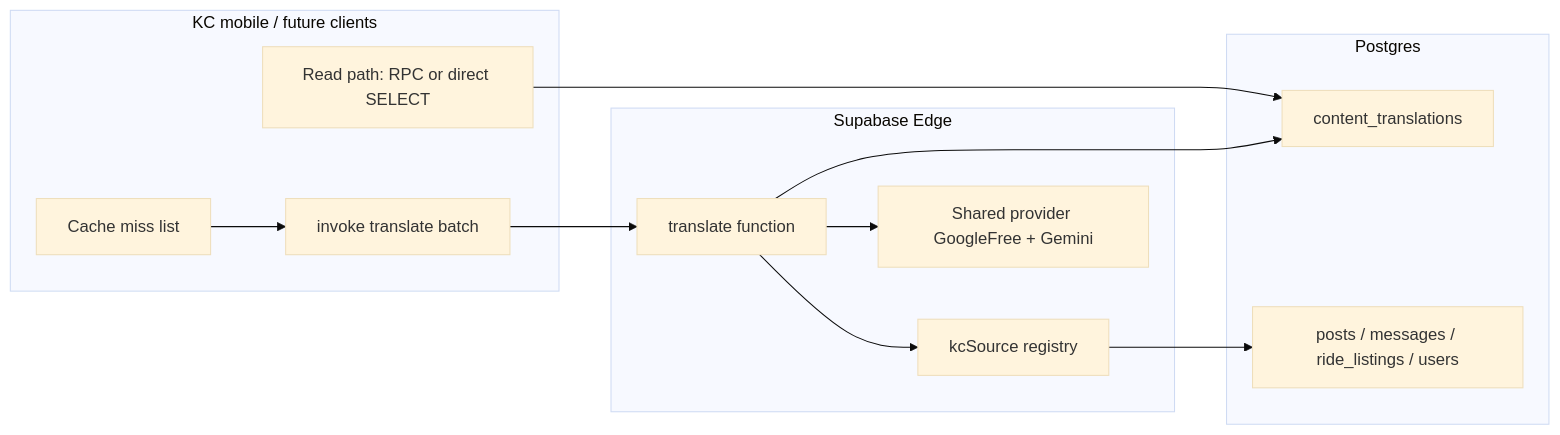
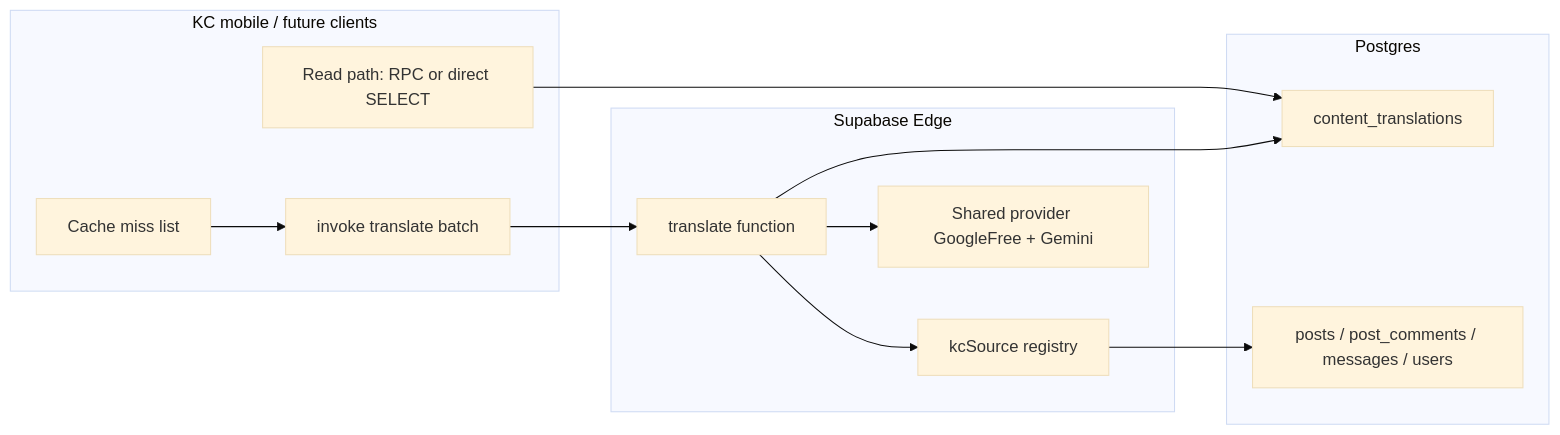
The diagram in docs/SSOT/UGC_TRANSLATION.md (KarmaCummunity/KC), drawn with Mermaid (base theme) before and after one commit. The commit also changed other lines of this file and 2 other files, not shown here.

````diff
--- a/docs/SSOT/UGC_TRANSLATION.md
+++ b/docs/SSOT/UGC_TRANSLATION.md
@@ -9,22 +9,22 @@
 ```mermaid
 flowchart LR
   subgraph client [KC mobile / future clients]
     Read[Read path: RPC or direct SELECT]
     Miss[Cache miss list]
     Batch[invoke translate batch]
   end
   subgraph edge [Supabase Edge]
     T[translate function]
     Reg[kcSource registry]
     Prov[Shared provider GoogleFree + Gemini]
   end
   subgraph db [Postgres]
     CT[content_translations]
-    Src[posts / messages / ride_listings / users]
+    Src[posts / post_comments / messages / users]
   end
   Read --> CT
   Miss --> Batch --> T
   T --> Reg --> Src
   T --> Prov
   T --> CT
 ```
````
